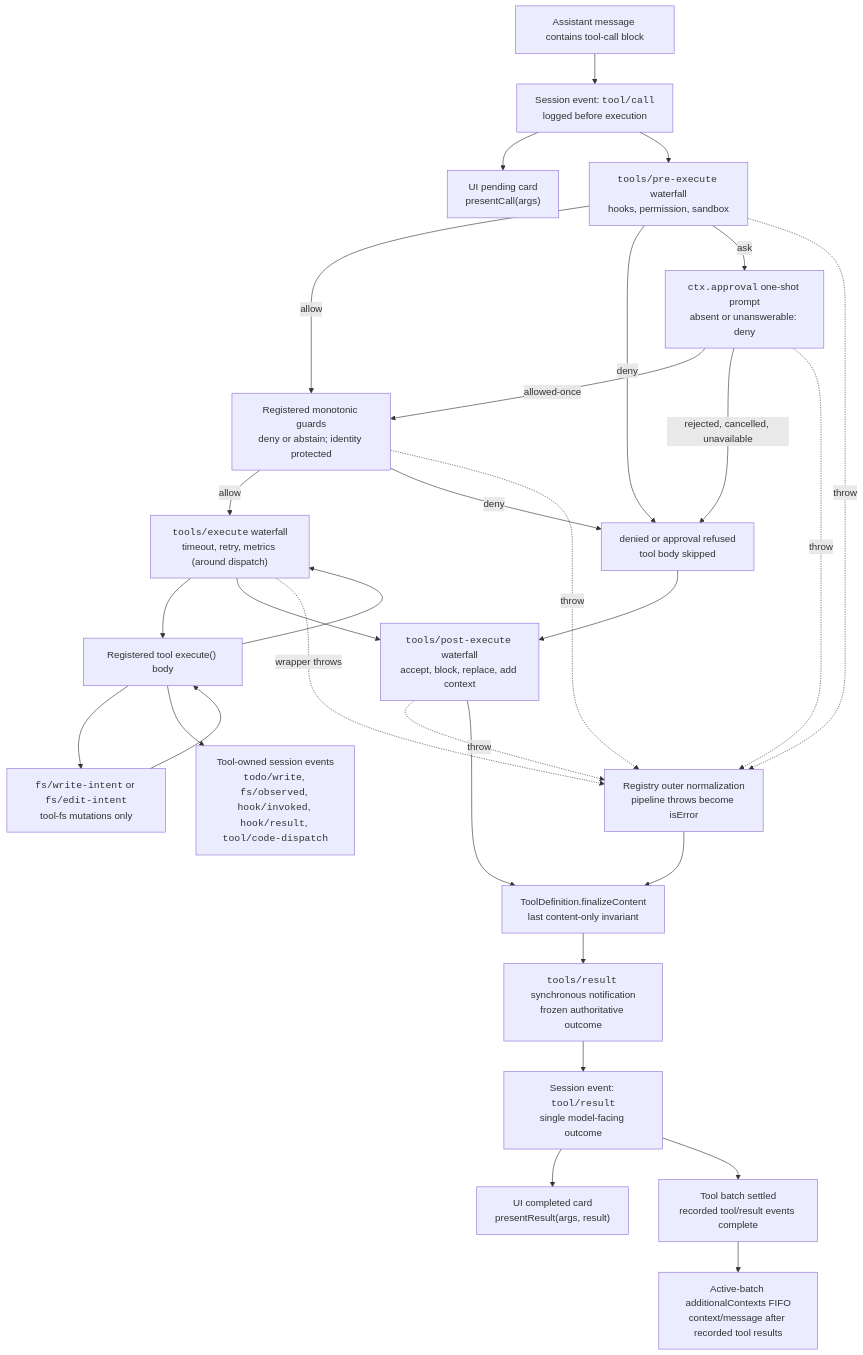
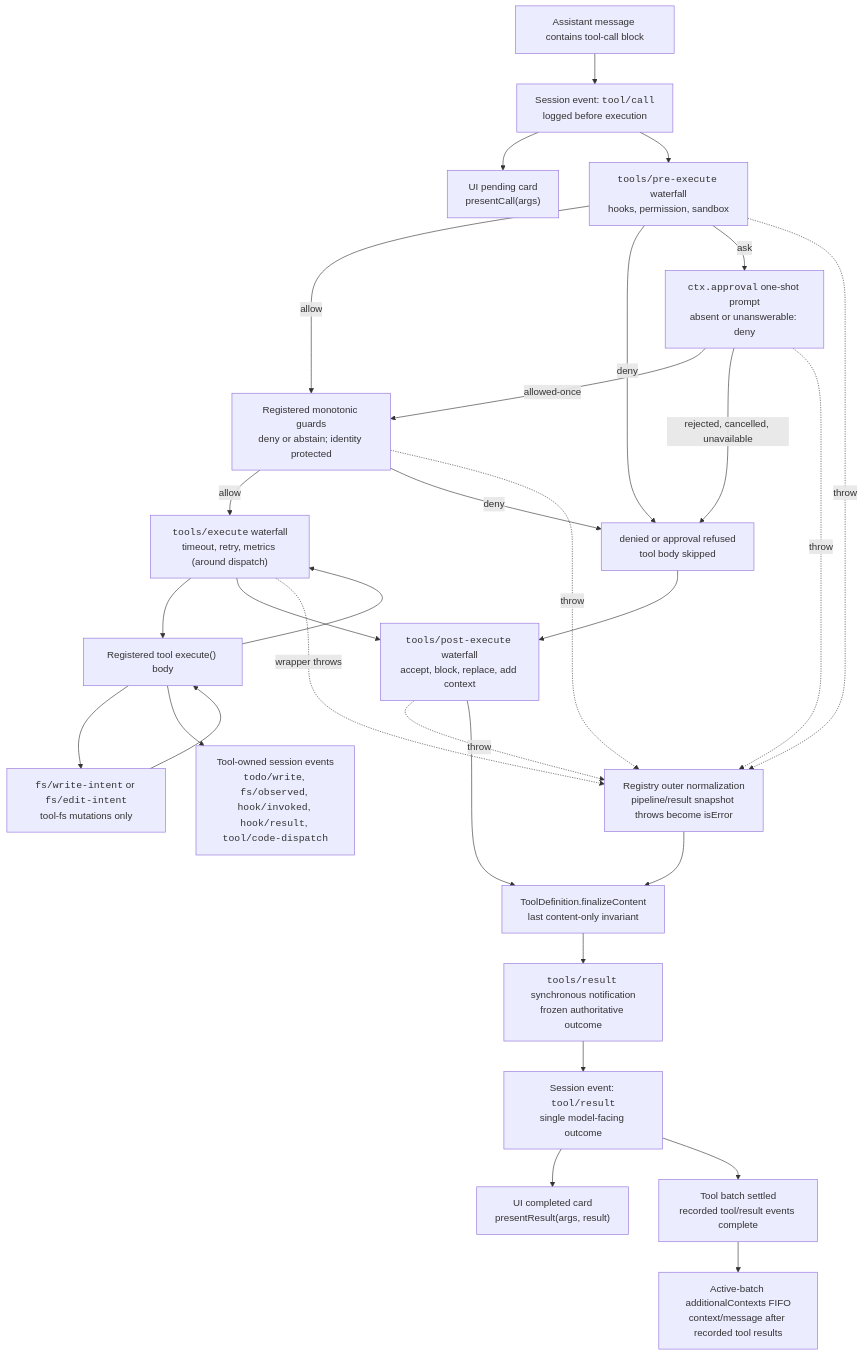
Before and after one commit to 007M7/DeepCode: the diagram in docs/tool-execution-pipeline.md, drawn with Mermaid. The commit also changed other lines of this file and 14 other files, not shown here.

````diff
--- a/docs/tool-execution-pipeline.md
+++ b/docs/tool-execution-pipeline.md
@@ -8,51 +8,51 @@
 ```mermaid
 flowchart TD
   model["Assistant message contains tool-call block"]
   toolCall["Session event: <code>tool/call</code><br/>logged before execution"]
   presentCall["UI pending card<br/>presentCall(args)"]
   pre["<code>tools/pre-execute</code> waterfall<br/>hooks, permission, sandbox"]
   guards["Registered monotonic guards<br/>deny or abstain; identity protected"]
   denied["denied or approval refused<br/>tool body skipped"]
   approval["<code>ctx.approval</code> one-shot prompt<br/>absent or unanswerable: deny"]
   around["<code>tools/execute</code> waterfall<br/>timeout, retry, metrics (around dispatch)"]
   toolBody["Registered tool execute() body"]
   fsGate["<code>fs/write-intent</code> or <code>fs/edit-intent</code><br/>tool-fs mutations only"]
   owned["Tool-owned session events<br/><code>todo/write</code>, <code>fs/observed</code>, <code>hook/invoked</code>, <code>hook/result</code>, <code>tool/code-dispatch</code>"]
   post["<code>tools/post-execute</code> waterfall<br/>accept, block, replace, add context"]
-  normalized["Registry outer normalization<br/>pipeline throws become isError"]
+  normalized["Registry outer normalization<br/>pipeline/result snapshot throws become isError"]
   finalize["ToolDefinition.finalizeContent<br/>last content-only invariant"]
   final["<code>tools/result</code> synchronous notification<br/>frozen authoritative outcome"]
   context["Active-batch additionalContexts FIFO<br/>context/message after recorded tool results"]
   toolResult["Session event: <code>tool/result</code><br/>single model-facing outcome"]
   allResults["Tool batch settled<br/>recorded tool/result events complete"]
   presentResult["UI completed card<br/>presentResult(args, result)"]
   model --> toolCall
   toolCall --> presentCall
   toolCall --> pre
   pre -->|allow| guards
   guards -->|allow| around
   guards -->|deny| denied
   guards -.->|throw| normalized
   around --> toolBody
   pre -->|deny| denied
   pre -->|ask| approval
   approval -->|allowed-once| guards
   approval -->|rejected, cancelled, unavailable| denied
   approval -.->|throw| normalized
   denied --> post
   pre -.->|throw| normalized
   toolBody --> fsGate
   fsGate --> toolBody
   toolBody --> owned
   toolBody --> around
   around --> post
   around -.->|wrapper throws| normalized
   post -.->|throw| normalized
   post --> finalize
   normalized --> finalize
   finalize --> final
   final --> toolResult
   toolResult --> presentResult
   toolResult --> allResults
   allResults --> context
 ```
````
